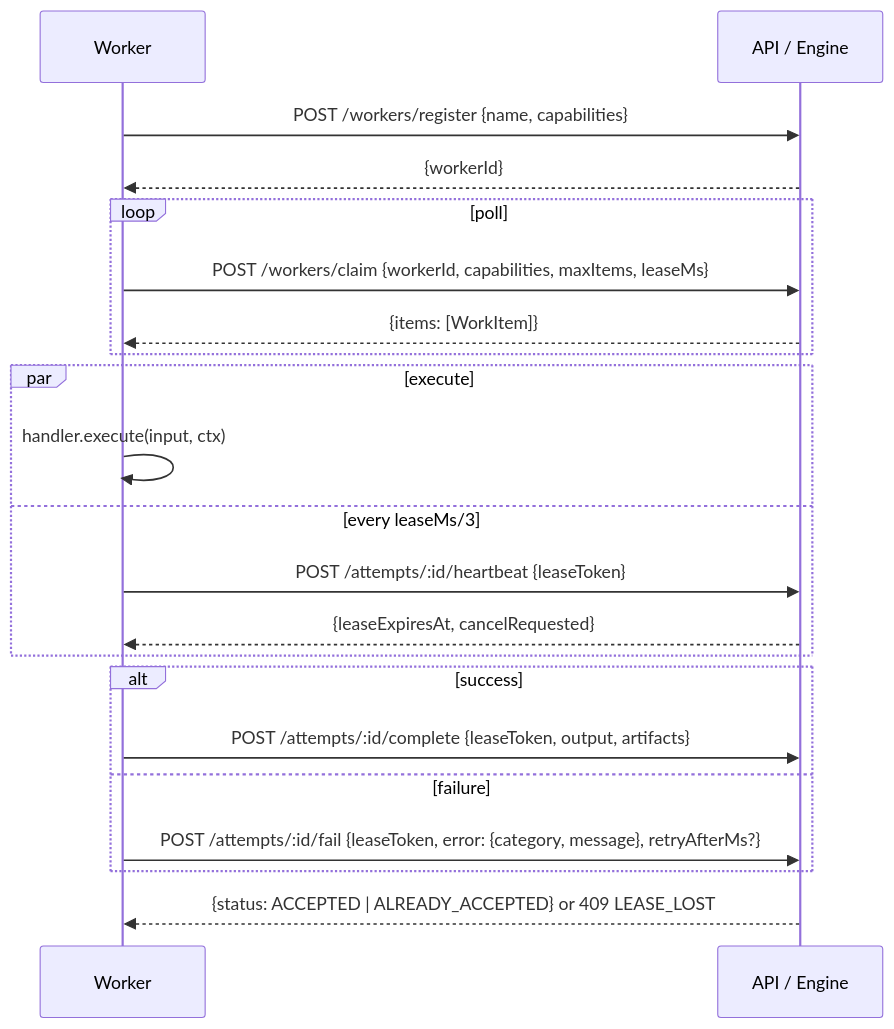
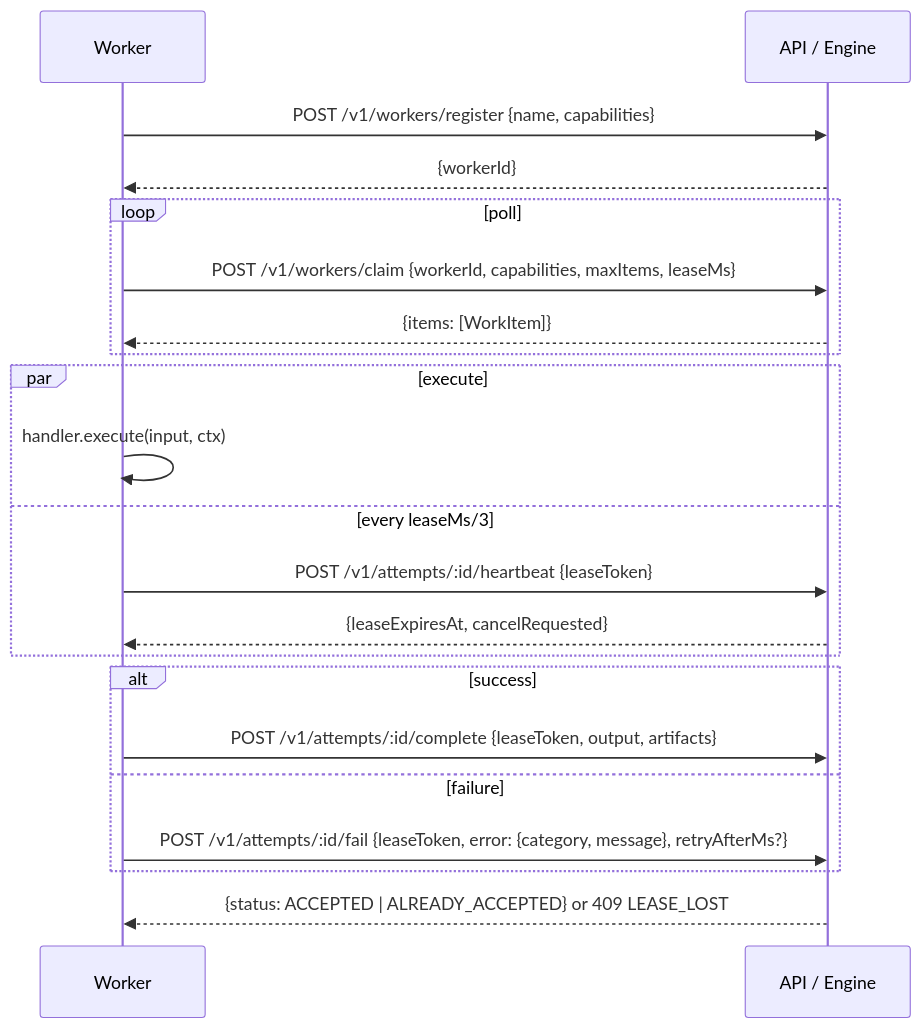
One commit to htalat/tpm changed the diagram in docs/worker-protocol.md. Above: the diagram before and after it, drawn with Mermaid. The commit also changed other lines of this file and 9 other files, not shown here.

````diff
--- a/docs/worker-protocol.md
+++ b/docs/worker-protocol.md
@@ -13,23 +13,23 @@
 ```mermaid
 sequenceDiagram
   participant W as Worker
   participant A as API / Engine
-  W->>A: POST /workers/register {name, capabilities}
+  W->>A: POST /v1/workers/register {name, capabilities}
   A-->>W: {workerId}
   loop poll
-    W->>A: POST /workers/claim {workerId, capabilities, maxItems, leaseMs}
+    W->>A: POST /v1/workers/claim {workerId, capabilities, maxItems, leaseMs}
     A-->>W: {items: [WorkItem]}
   end
   par execute
     W->>W: handler.execute(input, ctx)
   and every leaseMs/3
-    W->>A: POST /attempts/:id/heartbeat {leaseToken}
+    W->>A: POST /v1/attempts/:id/heartbeat {leaseToken}
     A-->>W: {leaseExpiresAt, cancelRequested}
   end
   alt success
-    W->>A: POST /attempts/:id/complete {leaseToken, output, artifacts}
+    W->>A: POST /v1/attempts/:id/complete {leaseToken, output, artifacts}
   else failure
-    W->>A: POST /attempts/:id/fail {leaseToken, error: {category, message}, retryAfterMs?}
+    W->>A: POST /v1/attempts/:id/fail {leaseToken, error: {category, message}, retryAfterMs?}
   end
   A-->>W: {status: ACCEPTED | ALREADY_ACCEPTED} or 409 LEASE_LOST
 ```
````
